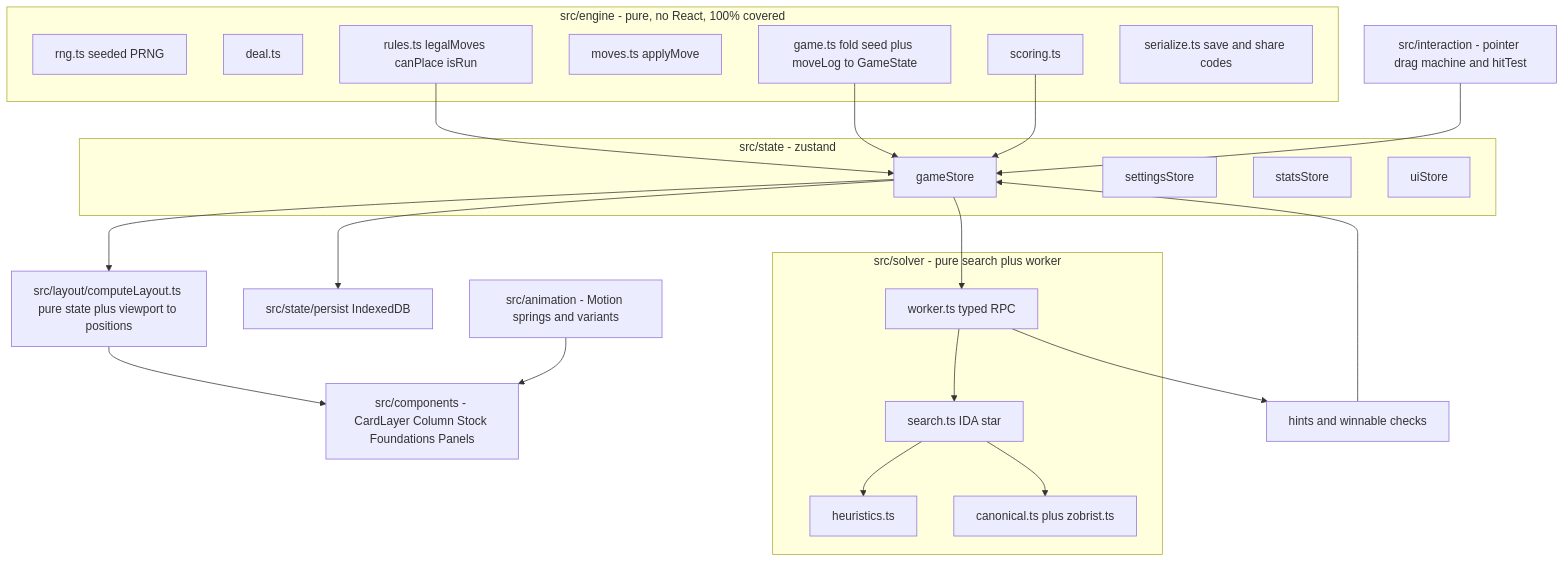
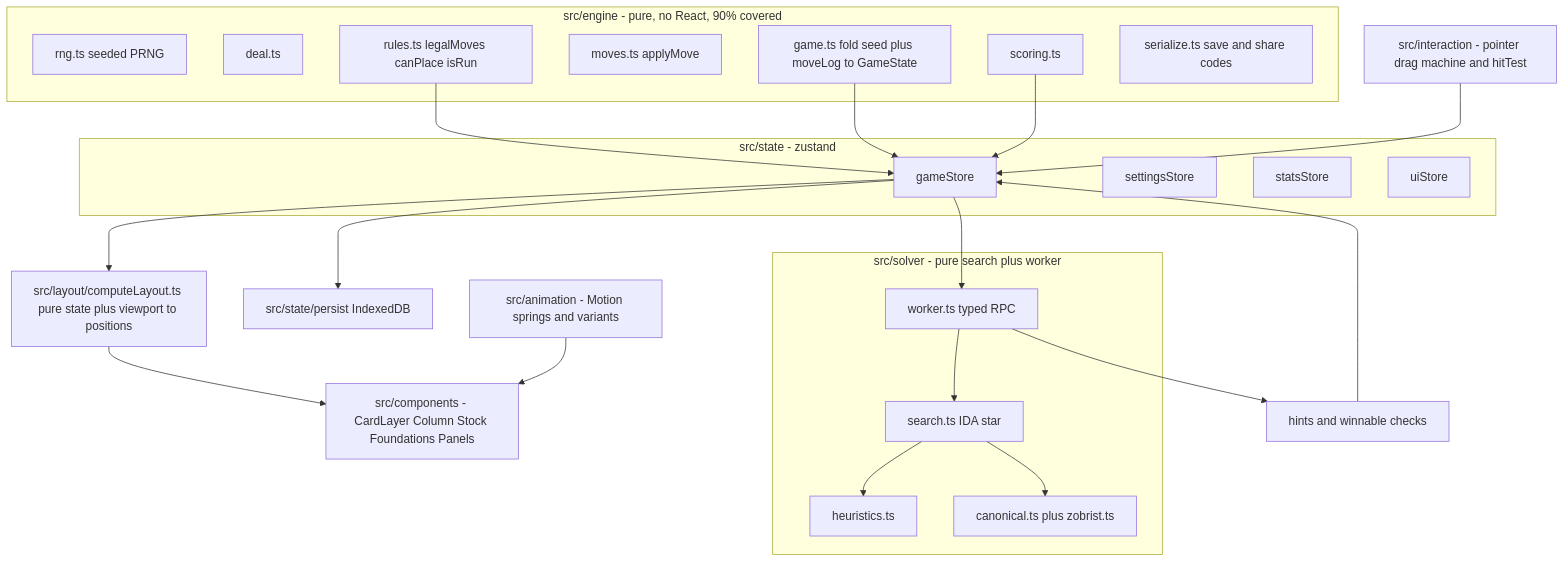
The diagram in spider_solitaire_web_game_dcf9cb78.plan.md (shivamg95/SpiderSolitaire), drawn with Mermaid before and after one commit. The commit also changed other lines of this file and 15 other files, not shown here.

````diff
--- a/spider_solitaire_web_game_dcf9cb78.plan.md
+++ b/spider_solitaire_web_game_dcf9cb78.plan.md
@@ -56,44 +56,44 @@
 ```mermaid
 flowchart TD
-  subgraph engine [src/engine - pure, no React, 100% covered]
+  subgraph engine [src/engine - pure, no React, 90% covered]
     Rng[rng.ts seeded PRNG]
     Deal[deal.ts]
     Rules[rules.ts legalMoves canPlace isRun]
     Moves[moves.ts applyMove]
     Game[game.ts fold seed plus moveLog to GameState]
     Score[scoring.ts]
     Ser[serialize.ts save and share codes]
   end
   subgraph solver [src/solver - pure search plus worker]
     Search[search.ts IDA star]
     Heur[heuristics.ts]
     Canon[canonical.ts plus zobrist.ts]
     Worker[worker.ts typed RPC]
   end
   subgraph state [src/state - zustand]
     GS[gameStore]
     SS[settingsStore]
     TS[statsStore]
     US[uiStore]
   end
   Layout[src/layout/computeLayout.ts pure state plus viewport to positions]
   Anim[src/animation - Motion springs and variants]
   Comp[src/components - CardLayer Column Stock Foundations Panels]
   Inter[src/interaction - pointer drag machine and hitTest]
   Persist[src/state/persist IndexedDB]
 
   Game --> GS
   Rules --> GS
   Score --> GS
   GS --> Layout
   Layout --> Comp
   Anim --> Comp
   Inter --> GS
   GS --> Persist
   GS --> Worker
   Worker --> Search
   Search --> Heur
   Search --> Canon
   Solver_hints[hints and winnable checks] --> GS
   Worker --> Solver_hints
 ```
````
